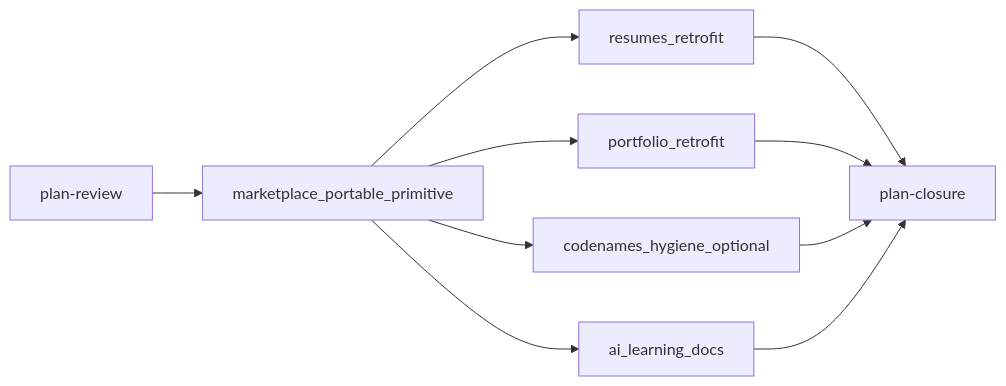
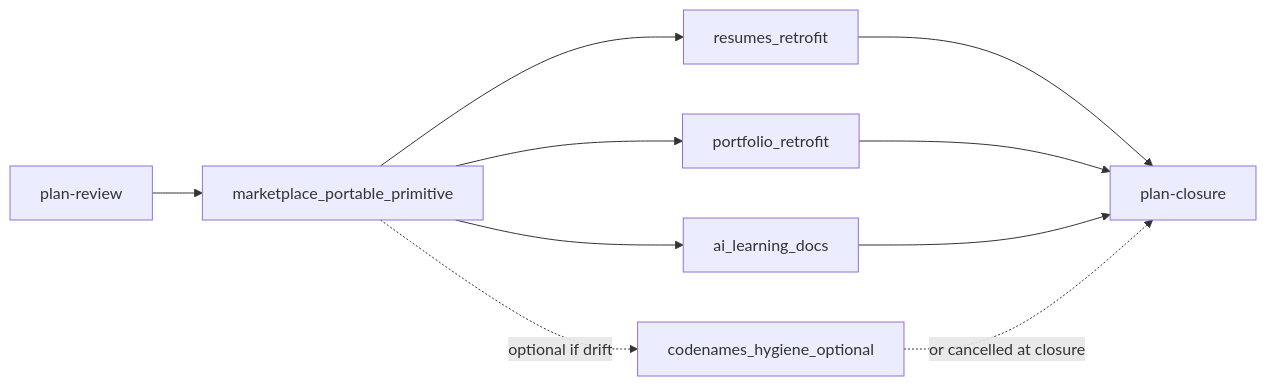
Before and after one commit to multipliers-dev/cursor-team-marketplace: the second of 2 diagrams in .cursor/plans/2026-09-01-hook-stack-alignment.plan.md, drawn with Mermaid. The commit also changed other lines of this file, not shown here.

First line of the commit message:
Plan: address Bugbot review (plugin path, cross-repo todos, optional codenames).

````diff
--- a/.cursor/plans/2026-09-01-hook-stack-alignment.plan.md
+++ b/.cursor/plans/2026-09-01-hook-stack-alignment.plan.md
@@ -271,20 +275,20 @@
 ```mermaid
 flowchart LR
   planReview[plan-review]
   mkt[marketplace_portable_primitive]
   resumes[resumes_retrofit]
   portfolio[portfolio_retrofit]
   codenames[codenames_hygiene_optional]
   aiDoc[ai_learning_docs]
   closure[plan-closure]
 
   planReview --> mkt
   mkt --> resumes
   mkt --> portfolio
-  mkt --> codenames
+  mkt -.->|"optional if drift"| codenames
   mkt --> aiDoc
   resumes --> closure
   portfolio --> closure
-  codenames --> closure
   aiDoc --> closure
+  codenames -.->|"or cancelled at closure"| closure
 ```
````
